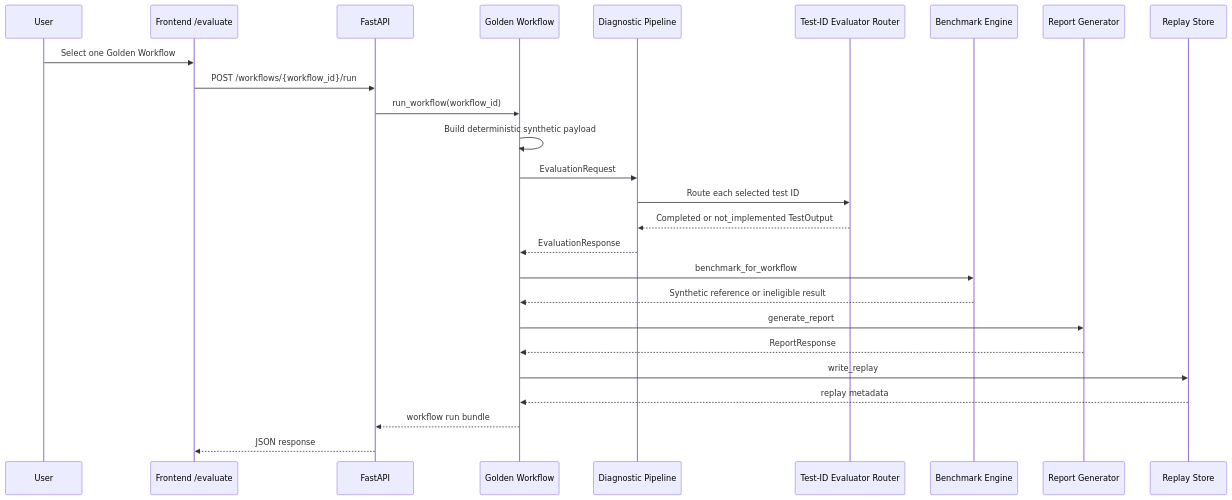
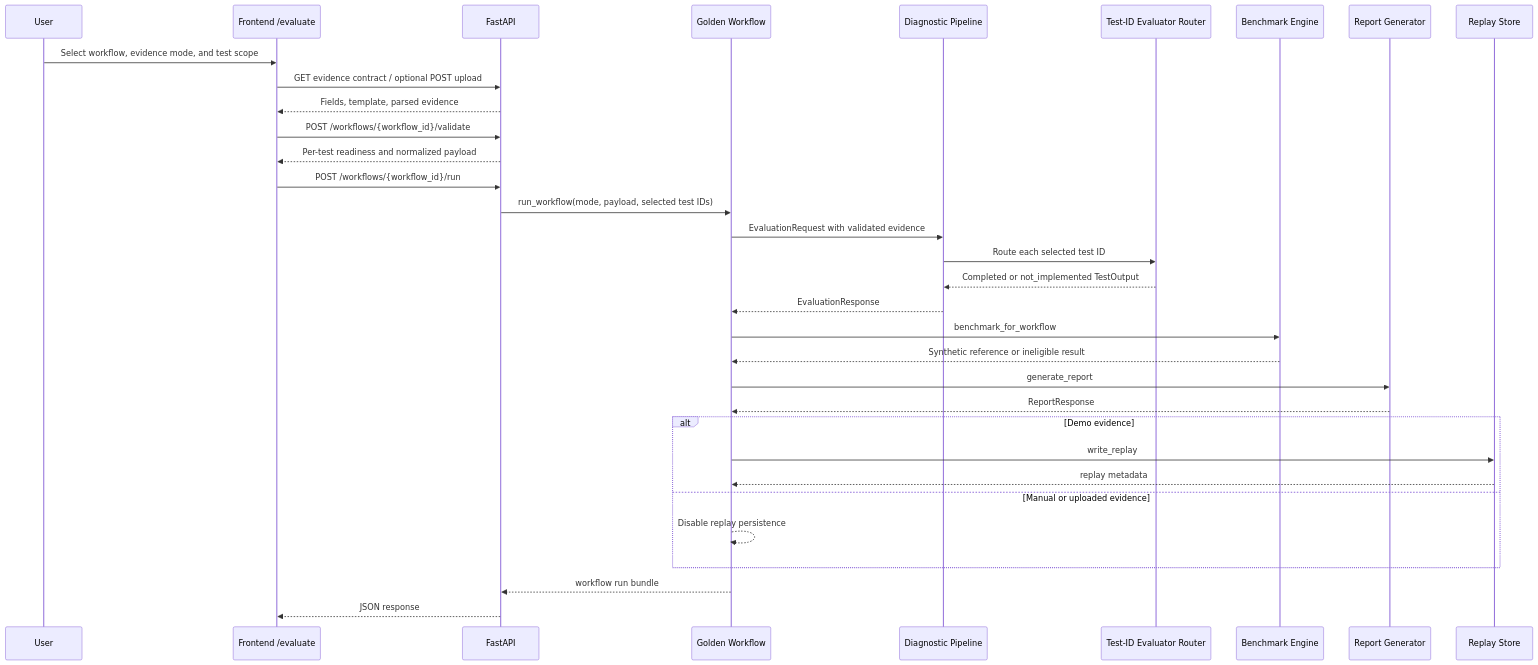
The third of 4 diagrams in docs/HLD.md (Rithvik3505/AIHC), drawn with Mermaid before and after one commit. The commit also changed other lines of this file and 35 other files, not shown here.

````diff
--- a/docs/HLD.md
+++ b/docs/HLD.md
@@ -134,29 +138,36 @@
 ```mermaid
 sequenceDiagram
     participant U as User
     participant F as Frontend /evaluate
     participant A as FastAPI
     participant W as Golden Workflow
     participant P as Diagnostic Pipeline
     participant R as Test-ID Evaluator Router
     participant B as Benchmark Engine
     participant G as Report Generator
     participant S as Replay Store
 
-    U->>F: Select one Golden Workflow
+    U->>F: Select workflow, evidence mode, and test scope
+    F->>A: GET evidence contract / optional POST upload
+    A-->>F: Fields, template, parsed evidence
+    F->>A: POST /workflows/{workflow_id}/validate
+    A-->>F: Per-test readiness and normalized payload
     F->>A: POST /workflows/{workflow_id}/run
-    A->>W: run_workflow(workflow_id)
-    W->>W: Build deterministic synthetic payload
-    W->>P: EvaluationRequest
+    A->>W: run_workflow(mode, payload, selected test IDs)
+    W->>P: EvaluationRequest with validated evidence
     P->>R: Route each selected test ID
     R-->>P: Completed or not_implemented TestOutput
     P-->>W: EvaluationResponse
     W->>B: benchmark_for_workflow
     B-->>W: Synthetic reference or ineligible result
     W->>G: generate_report
     G-->>W: ReportResponse
-    W->>S: write_replay
-    S-->>W: replay metadata
+    alt Demo evidence
+        W->>S: write_replay
+        S-->>W: replay metadata
+    else Manual or uploaded evidence
+        W-->>W: Disable replay persistence
+    end
     W-->>A: workflow run bundle
     A-->>F: JSON response
 ```
````
